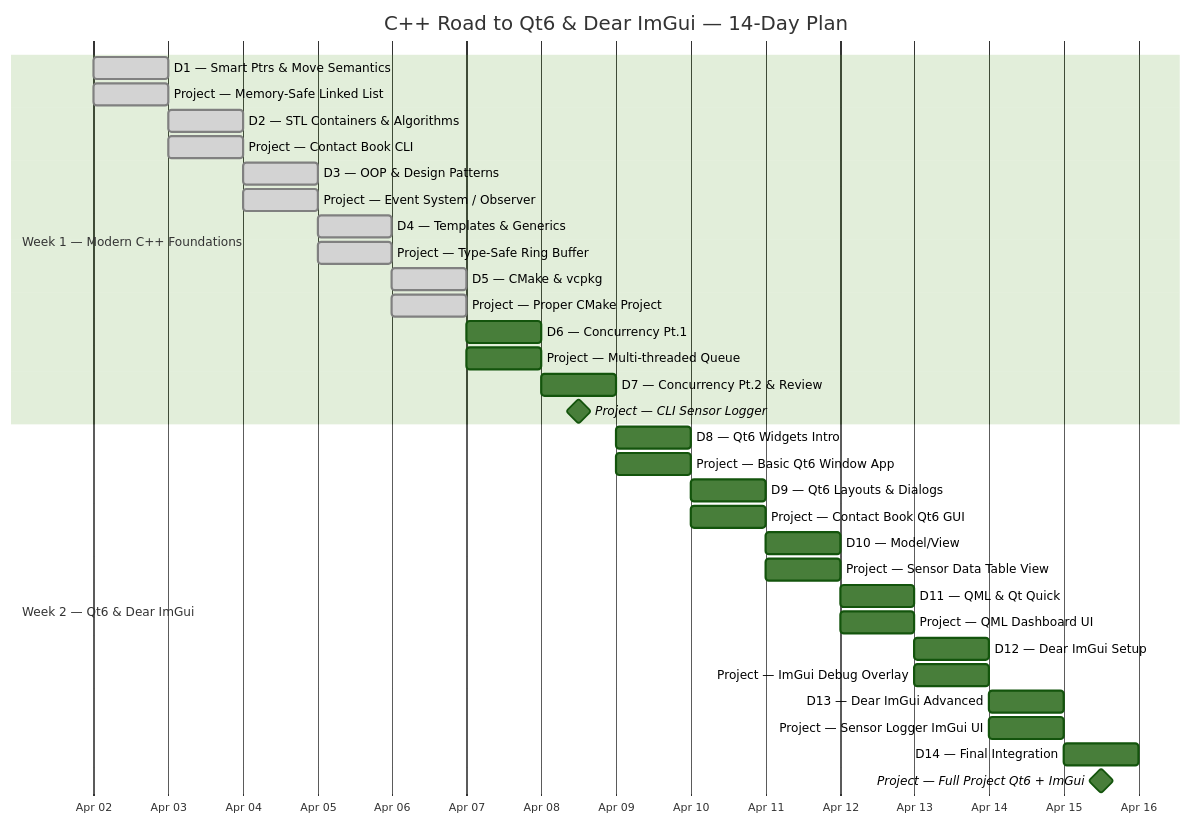
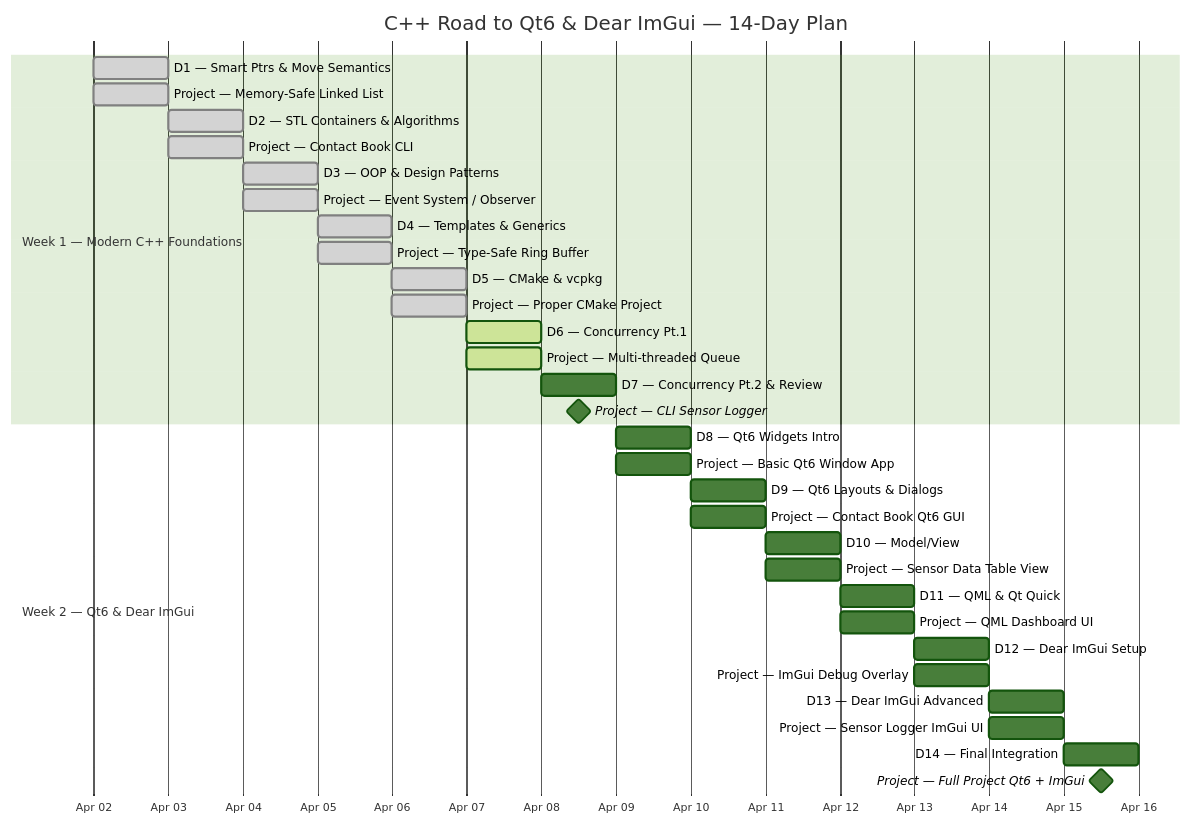
Before and after one commit to Unicorn7141/cpp-tutorial: the diagram in README.md, drawn with Mermaid (forest theme). The commit also changed other lines of this file, not shown here.

````diff
--- a/README.md
+++ b/README.md
@@ -26,39 +26,39 @@
 ```mermaid
 gantt
     title C++ Road to Qt6 & Dear ImGui — 14-Day Plan
     dateFormat  YYYY-MM-DD
     axisFormat  %b %d
     todayMarker on
 
     section Week 1 — Modern C++ Foundations
     D1 — Smart Ptrs & Move Semantics   :done, 2026-04-02, 1d
     Project — Memory-Safe Linked List   :done, 2026-04-02, 1d
     D2 — STL Containers & Algorithms   :done, 2026-04-03, 1d
     Project — Contact Book CLI   :done, 2026-04-03, 1d
     D3 — OOP & Design Patterns   :done, 2026-04-04, 1d
     Project — Event System / Observer   :done, 2026-04-04, 1d
     D4 — Templates & Generics   :done, 2026-04-05, 1d
     Project — Type-Safe Ring Buffer   :done, 2026-04-05, 1d
     D5 — CMake & vcpkg   :done, 2026-04-06, 1d
     Project — Proper CMake Project   :done, 2026-04-06, 1d
-    D6 — Concurrency Pt.1   :2026-04-07, 1d
-    Project — Multi-threaded Queue   :2026-04-07, 1d
+    D6 — Concurrency Pt.1   :active, 2026-04-07, 1d
+    Project — Multi-threaded Queue   :active, 2026-04-07, 1d
     D7 — Concurrency Pt.2 & Review   :2026-04-08, 1d
     Project — CLI Sensor Logger   :milestone, 2026-04-08, 1d
 
     section Week 2 — Qt6 & Dear ImGui
     D8 — Qt6 Widgets Intro   :2026-04-09, 1d
     Project — Basic Qt6 Window App   :2026-04-09, 1d
     D9 — Qt6 Layouts & Dialogs   :2026-04-10, 1d
     Project — Contact Book Qt6 GUI   :2026-04-10, 1d
     D10 — Model/View   :2026-04-11, 1d
     Project — Sensor Data Table View   :2026-04-11, 1d
     D11 — QML & Qt Quick   :2026-04-12, 1d
     Project — QML Dashboard UI   :2026-04-12, 1d
     D12 — Dear ImGui Setup   :2026-04-13, 1d
     Project — ImGui Debug Overlay   :2026-04-13, 1d
     D13 — Dear ImGui Advanced   :2026-04-14, 1d
     Project — Sensor Logger ImGui UI   :2026-04-14, 1d
     D14 — Final Integration   :2026-04-15, 1d
     Project — Full Project Qt6 + ImGui   :milestone, 2026-04-15, 1d
 ```
````
